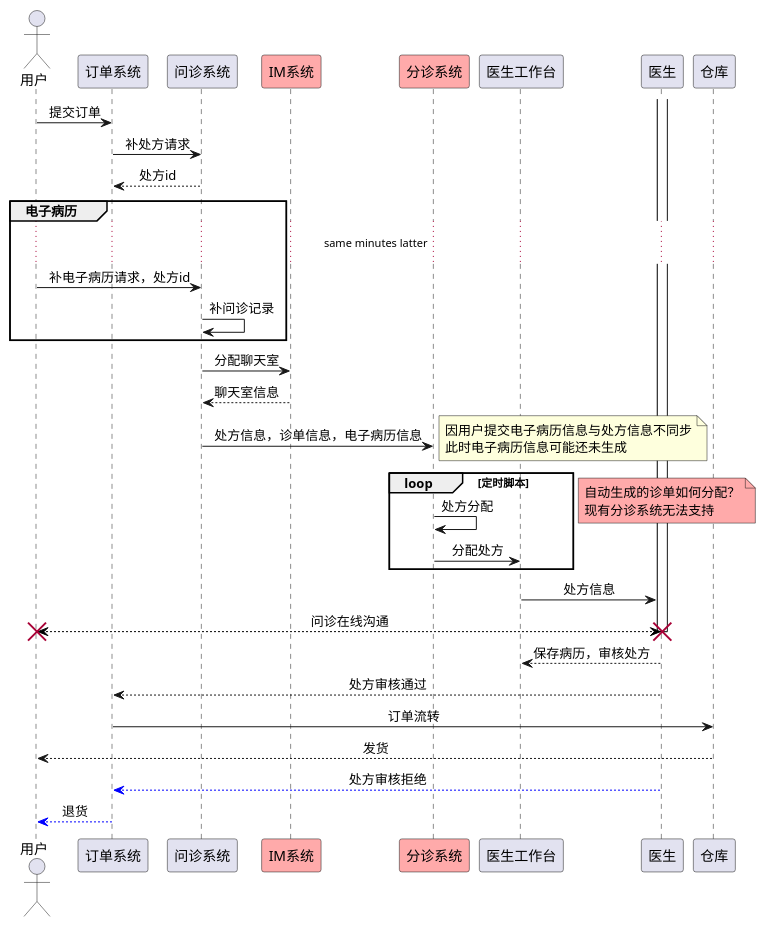
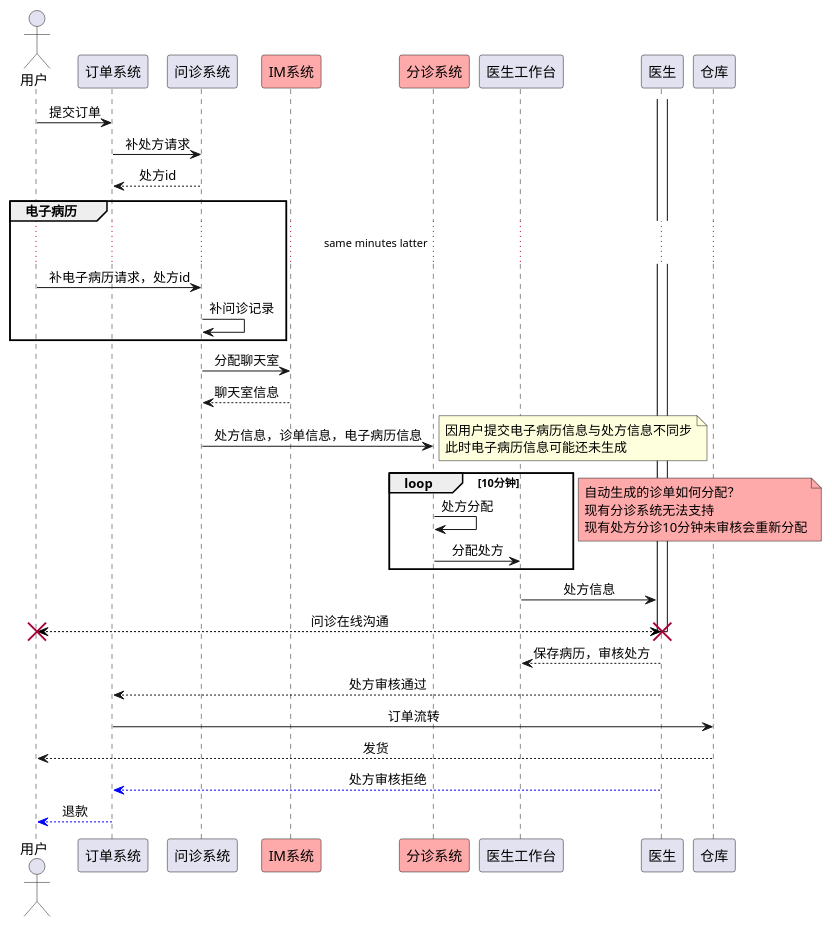
Before and after one commit to wxxzy/mdesk: the diagram in chaos/src/main/java/com/chaos/graph/新处方前置.puml, drawn with PlantUML. The commit also changed 1 other file, not shown here.

```diff
--- a/chaos/src/main/java/com/chaos/graph/新处方前置.puml
+++ b/chaos/src/main/java/com/chaos/graph/新处方前置.puml
@@ -1,49 +1,50 @@
 @startuml
 actor 用户
 skinparam sequenceMessageAlign center
 
 用户 -> 订单系统: 提交订单
 
 订单系统 -> 问诊系统: 补处方请求
 问诊系统 --> 订单系统: 处方id
 
 group 电子病历
 ...same minutes latter...
 用户 -> 问诊系统: 补电子病历请求，处方id
 问诊系统 -> 问诊系统: 补问诊记录
 end
 participant IM系统 #FFAAAA
 问诊系统 -> IM系统: 分配聊天室
 问诊系统 <-- IM系统: 聊天室信息
 
 participant 分诊系统 #FFAAAA
 问诊系统 -> 分诊系统: 处方信息，诊单信息，电子病历信息
 note right
 因用户提交电子病历信息与处方信息不同步
 此时电子病历信息可能还未生成
 end note
-loop 定时脚本
+loop 10分钟
     分诊系统 ->分诊系统: 处方分配
     分诊系统 -> 医生工作台: 分配处方
 end
 note left #FFAAAA
 自动生成的诊单如何分配？
 现有分诊系统无法支持
+现有处方分诊10分钟未审核会重新分配
 end note
 
 activate 医生
 
 医生工作台 -> 医生: 处方信息
 医生 <--[#000000]> 用户: 问诊在线沟通
 destroy 医生
 destroy 用户
 
 医生工作台 <-- 医生: 保存病历，审核处方
 医生 --> 订单系统: 处方审核通过
 订单系统 ->仓库: 订单流转
 仓库 --> 用户: 发货
 医生 --[#0000FF]> 订单系统: 处方审核拒绝
-订单系统--[#0000FF]> 用户: 退货
+订单系统--[#0000FF]> 用户: 退款
 
 
 @enduml
```
